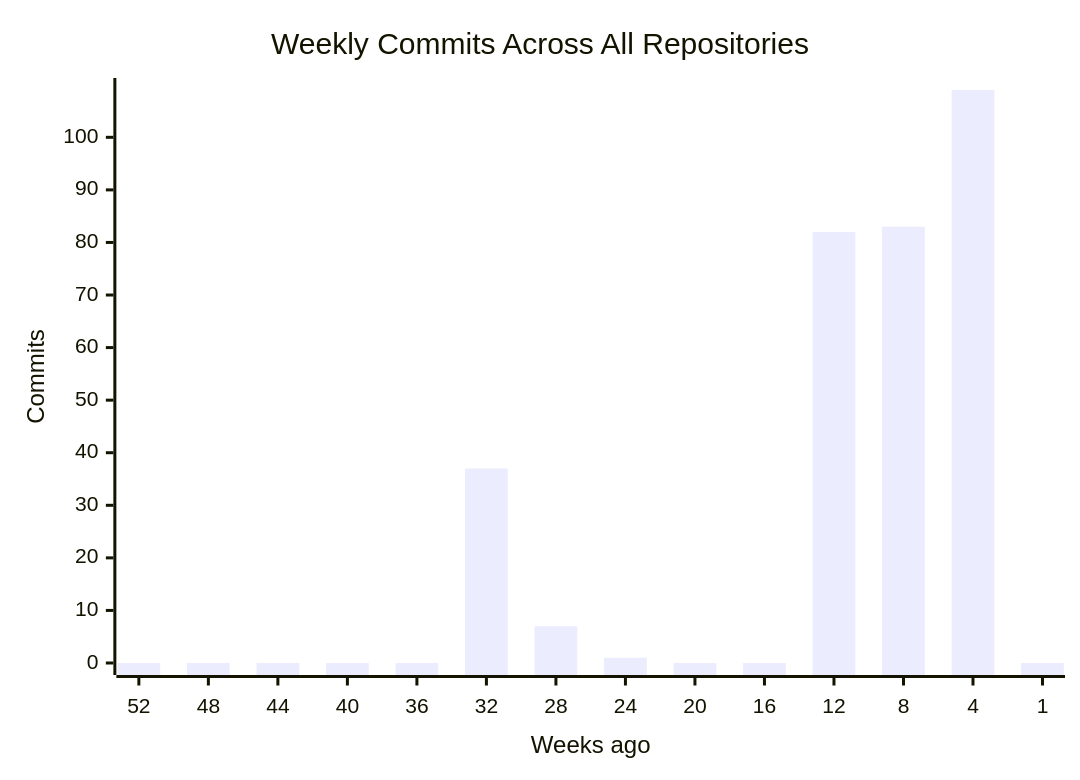
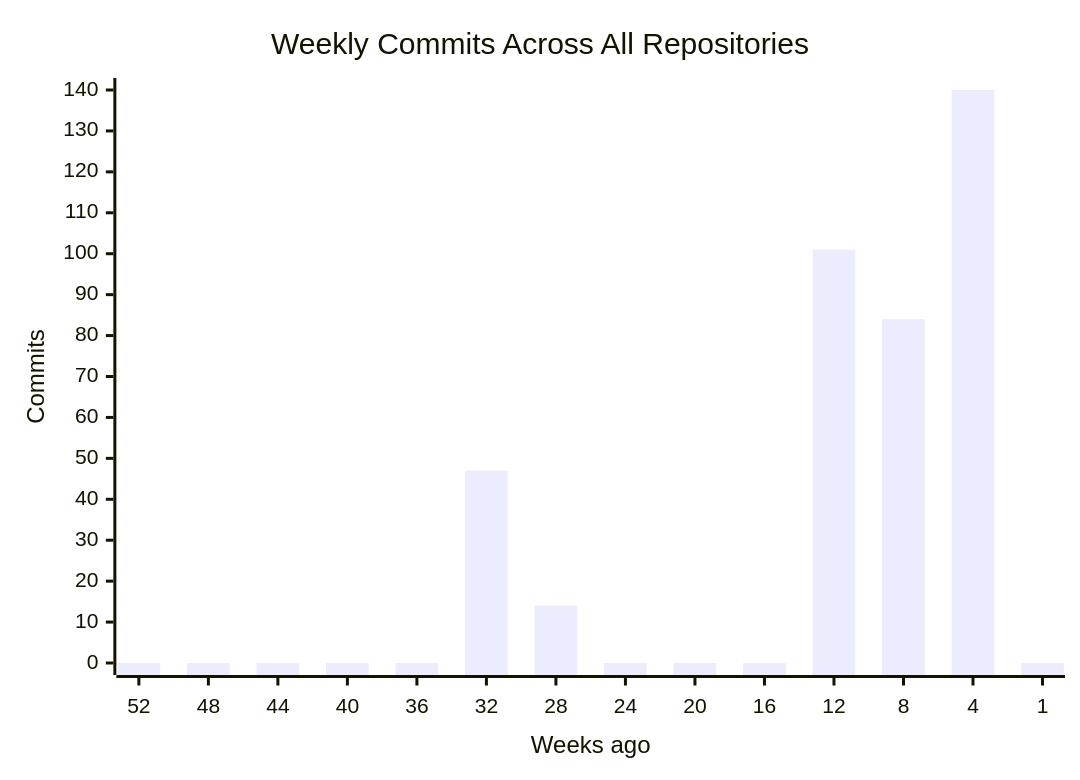
Before and after one commit to CSTH-Projects/.github: the first of 4 diagrams in profile/README.md, drawn with Mermaid. The commit also changed other lines of this file, not shown here.

````diff
--- a/profile/README.md
+++ b/profile/README.md
@@ -16,7 +16,7 @@
 ```mermaid
 xychart-beta
     title "Weekly Commits Across All Repositories"
     x-axis "Weeks ago" [52, 48, 44, 40, 36, 32, 28, 24, 20, 16, 12, 8, 4, 1]
     y-axis "Commits"
-    bar [0, 0, 0, 0, 0, 37, 7, 1, 0, 0, 82, 83, 109, 0]
+    bar [0, 0, 0, 0, 0, 47, 14, 0, 0, 0, 101, 84, 140, 0]
 ```
````
